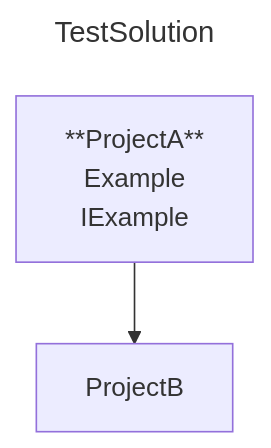
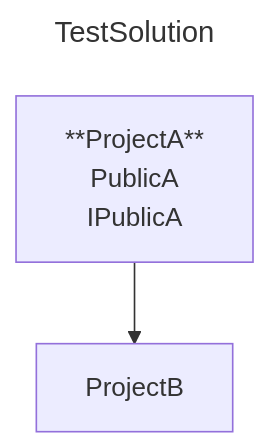
Before and after one commit to dadaPipes/SharpMermaid: the first of 2 diagrams in SharpMermaid.Docs/docs/features/generate-physical-project-diagram.md, drawn with Mermaid. The commit also changed other lines of this file and 51 other files, not shown here.

````diff
--- a/SharpMermaid.Docs/docs/features/generate-physical-project-diagram.md
+++ b/SharpMermaid.Docs/docs/features/generate-physical-project-diagram.md
@@ -130,13 +108,13 @@
 ```mermaid
 ---
 title: TestSolution
 ---
 graph
     ProjectA["**ProjectA**
-        Example"
-        IExample]
+        PublicA"
+        IPublicA]
     ProjectB
     ProjectA --> ProjectB
     click ProjectA "https://example.com/ProjectA/ProjectA.csproj"
     click ProjectB "https://example.com/Folder1/ProjectB/ProjectB.csproj"
 ```
````
